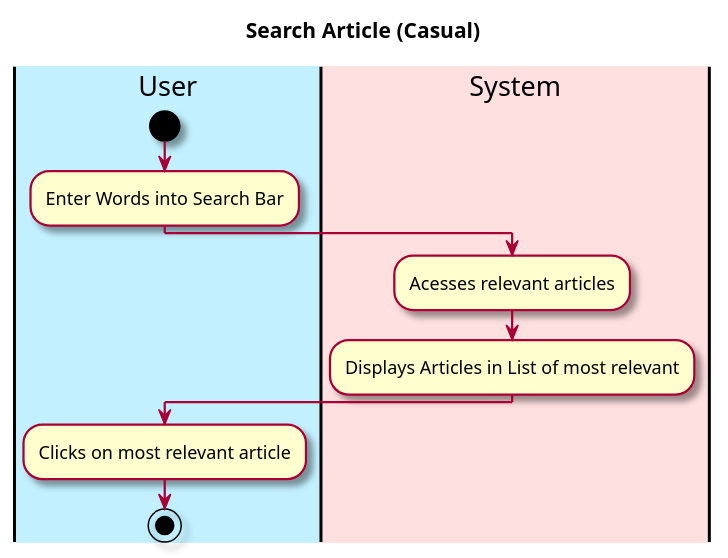
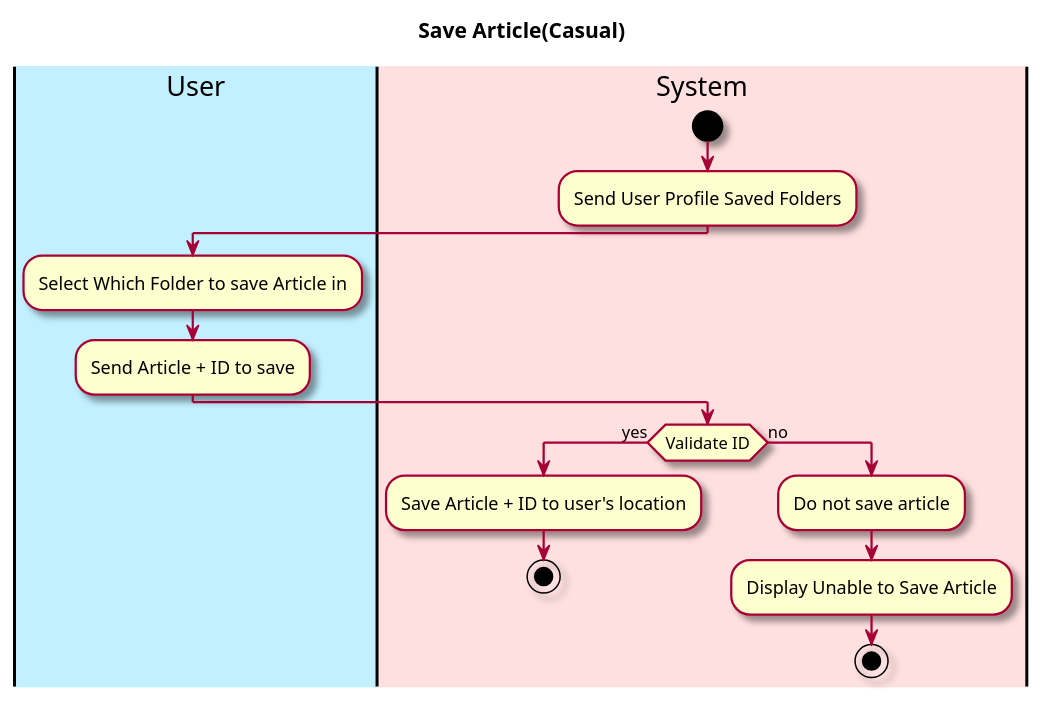
One commit to owhitleym-ui/EcoScoop changed the diagram in intellij/doc/Functional Specification/save-article.md. Above: the diagram before and after it, drawn with PlantUML. The commit also changed other lines of this file and 1 other file, not shown here.

Commit message:
Updated Save-Article and Search-Article markdown

````diff
--- a/intellij/doc/Functional Specification/save-article.md
+++ b/intellij/doc/Functional Specification/save-article.md
@@ -45,25 +46,31 @@
 ```plantuml
 @startuml
 
 skin rose
 
-title Search Article (Casual)
+title Save Article(Casual)
 
 'define the lanes
 |#application|User|
 |#implementation|System|
 
+|System|
+start
+:Send User Profile Saved Folders;
+
 |User|
-start
-:Enter Words into Search Bar;
+:Select Which Folder to save Article in;
+:Send Article + ID to save;
 
 |System|
-:Acesses relevant articles;
-:Displays Articles in List of most relevant;
+if (Validate ID) then (yes)
+:Save Article + ID to user's location;
+stop
 
-|User|
-:Clicks on most relevant article;
+else (no)
+:Do not save article;
+:Display Unable to Save Article;
 
 stop
 @enduml
 ```
````
